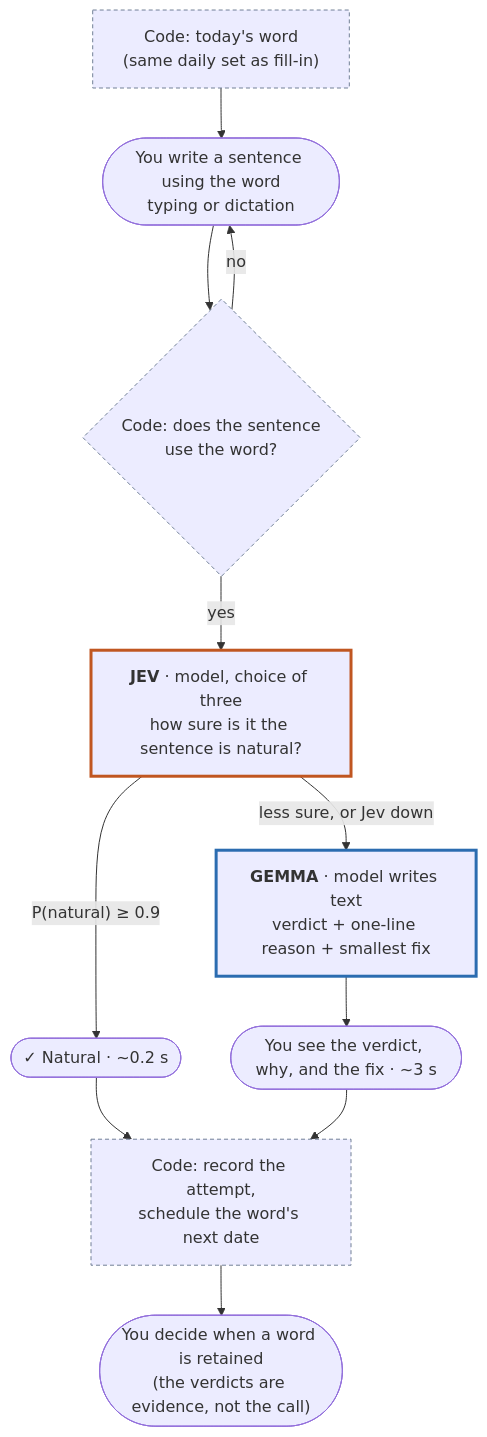
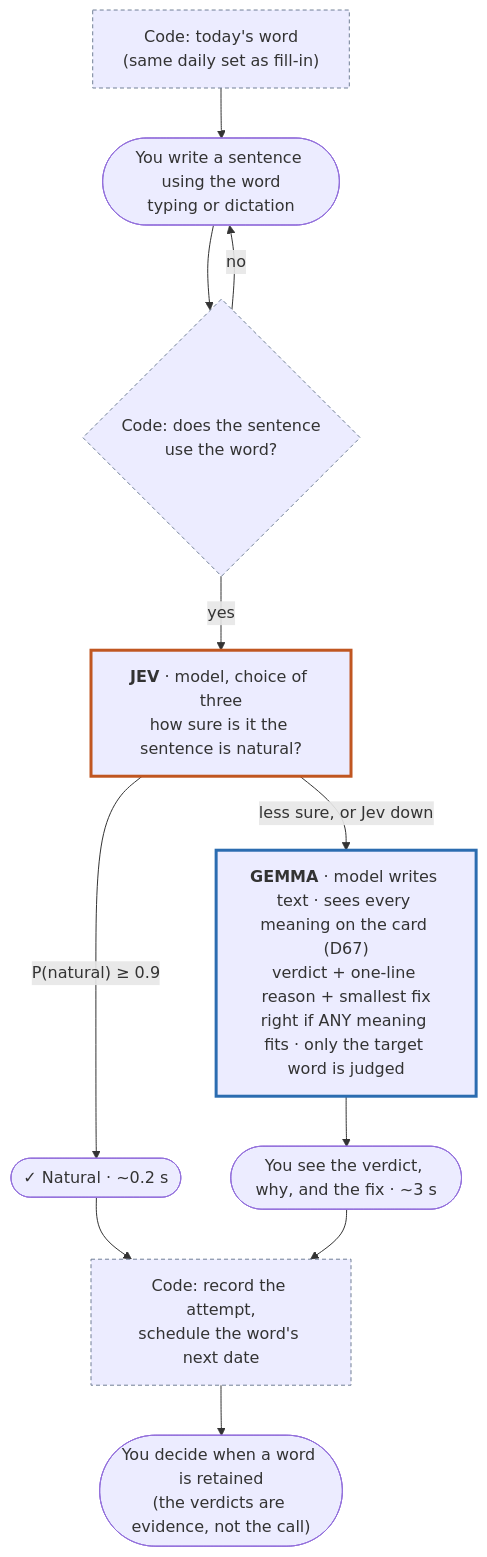
Before and after one commit to nurgazik/RetAIn: the diagram in diagrams/flow-write-a-sentence.md, drawn with Mermaid. The commit also changed 11 other files, not shown here.

First line of the commit message:
D67: sentence judge counts any meaning, judges only the word

````diff
--- a/diagrams/flow-write-a-sentence.md
+++ b/diagrams/flow-write-a-sentence.md
@@ -5,17 +5,17 @@
 ```mermaid
 flowchart TD
     A["Code: today's word<br/>(same daily set as fill-in)"]:::code --> B([You write a sentence using the word<br/>typing or dictation])
     B --> CK{"Code: does the sentence<br/>use the word?"}:::code
     CK -- no --> B
     CK -- yes --> J["<b>JEV</b> · model, choice of three<br/>how sure is it the sentence is natural?"]:::gate
     J -- "P(natural) ≥ 0.9" --> OK(["✓ Natural · ~0.2 s"])
-    J -- "less sure, or Jev down" --> F["<b>GEMMA</b> · model writes text<br/>verdict + one-line reason + smallest fix"]:::writer
+    J -- "less sure, or Jev down" --> F["<b>GEMMA</b> · model writes text · sees every meaning on the card (D67)<br/>verdict + one-line reason + smallest fix<br/>right if ANY meaning fits · only the target word is judged"]:::writer
     F --> SHOW([You see the verdict, why, and the fix · ~3 s])
     OK --> S["Code: record the attempt,<br/>schedule the word's next date"]:::code
     SHOW --> S
     S --> RET(["You decide when a word is retained<br/>(the verdicts are evidence, not the call)"])
 
     classDef writer stroke:#2b6cb0,stroke-width:3px
     classDef gate stroke:#c05621,stroke-width:3px
     classDef code stroke:#718096,stroke-dasharray:4 3
 ```
````
